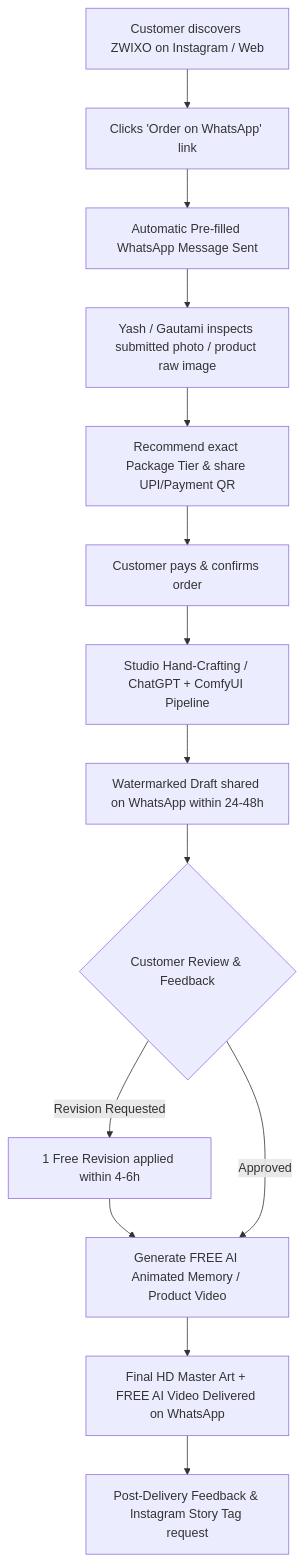
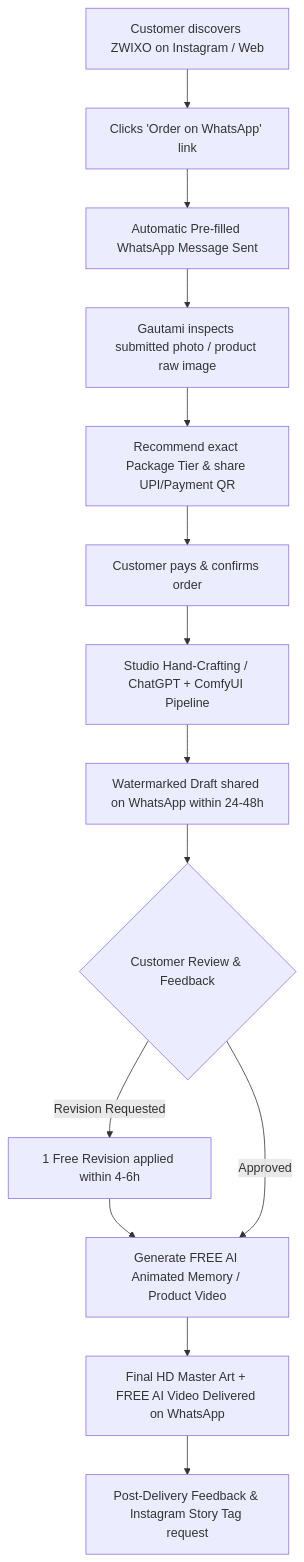
The diagram in zwixo_business_master_guide.md (yashkumarjani/zwixo), drawn with Mermaid before and after one commit. The commit also changed other lines of this file and 10 other files, not shown here.

````diff
--- a/zwixo_business_master_guide.md
+++ b/zwixo_business_master_guide.md
@@ -101,16 +101,16 @@
 ```mermaid
 flowchart TD
     A[Customer discovers ZWIXO on Instagram / Web] --> B[Clicks 'Order on WhatsApp' link]
     B --> C[Automatic Pre-filled WhatsApp Message Sent]
-    C --> D[Yash / Gautami inspects submitted photo / product raw image]
+    C --> D[Gautami inspects submitted photo / product raw image]
     D --> E[Recommend exact Package Tier & share UPI/Payment QR]
     E --> F[Customer pays & confirms order]
     F --> G[Studio Hand-Crafting / ChatGPT + ComfyUI Pipeline]
     G --> H[Watermarked Draft shared on WhatsApp within 24-48h]
     H --> I{Customer Review & Feedback}
     I -- Revision Requested --> J[1 Free Revision applied within 4-6h]
     J --> K[Generate FREE AI Animated Memory / Product Video]
     I -- Approved --> K
     K --> L[Final HD Master Art + FREE AI Video Delivered on WhatsApp]
     L --> M[Post-Delivery Feedback & Instagram Story Tag request]
 ```
````
